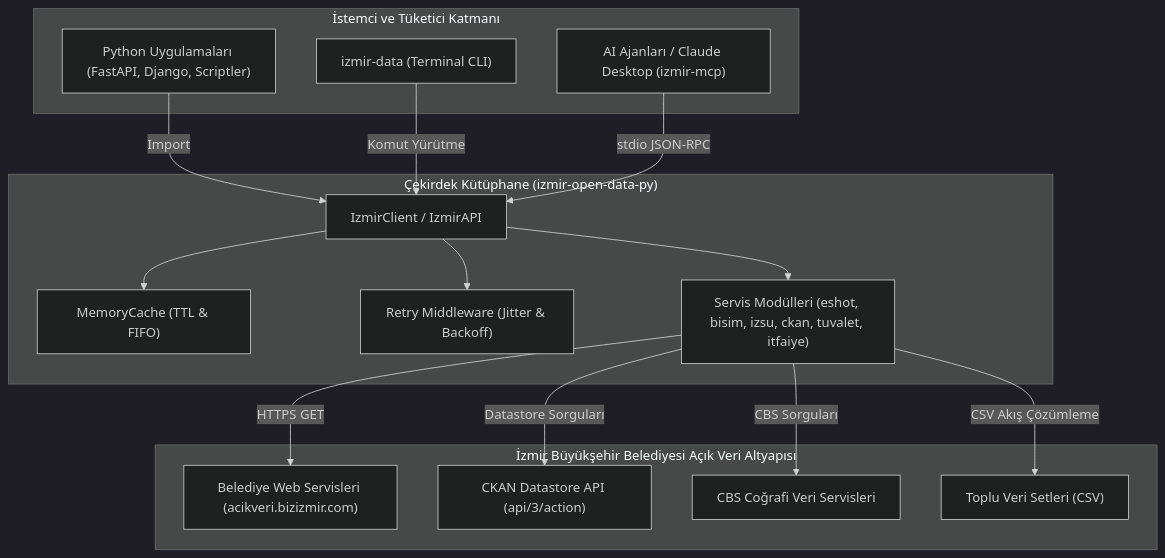
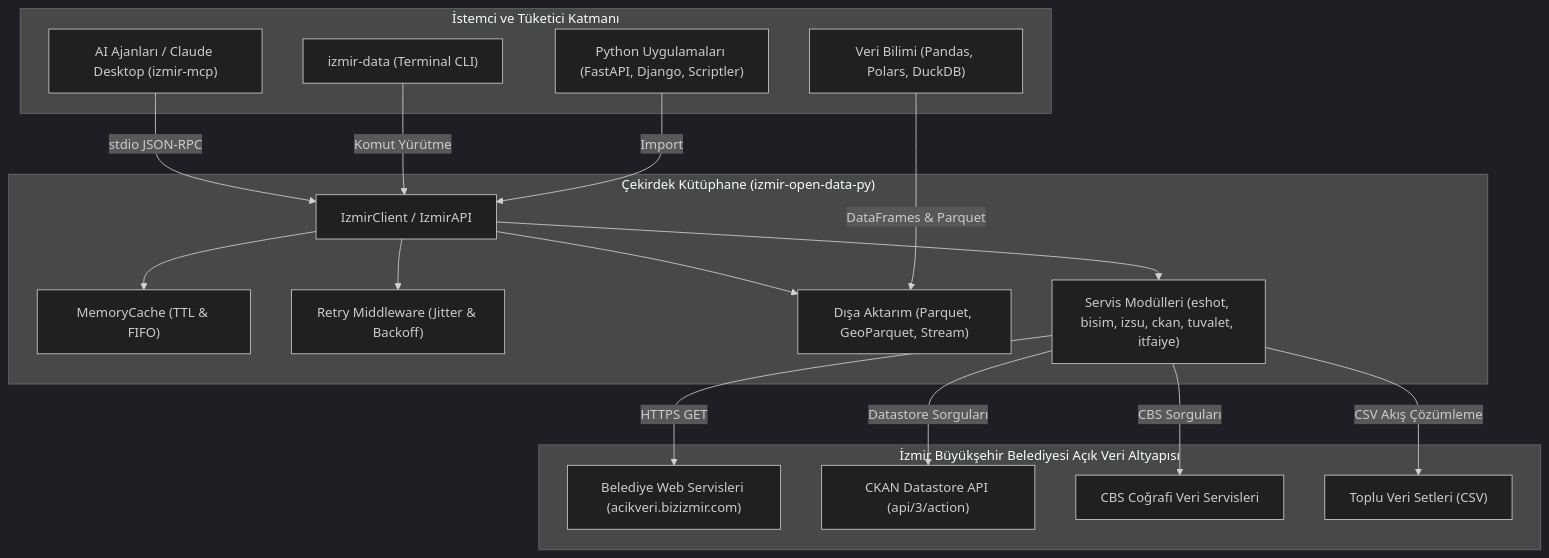
The diagram in README.md (AtaCanYmc/izmir-open-data-py), drawn with Mermaid (dark theme) before and after one commit. The commit also changed other lines of this file and 22 other files, not shown here.

Commit message:
feat: implement v0.3.0 data science tools, streams, parquet, fixtures, and release-please

````diff
--- a/README.md
+++ b/README.md
@@ -39,33 +41,37 @@
 ```mermaid
 flowchart TD
     subgraph Consumers["İstemci ve Tüketici Katmanı"]
         Apps["Python Uygulamaları (FastAPI, Django, Scriptler)"]
+        DataScience["Veri Bilimi (Pandas, Polars, DuckDB)"]
         CLI["izmir-data (Terminal CLI)"]
         LLM["AI Ajanları / Claude Desktop (izmir-mcp)"]
     end
 
     subgraph Core["Çekirdek Kütüphane (izmir-open-data-py)"]
         API["IzmirClient / IzmirAPI"]
         Cache["MemoryCache (TTL & FIFO)"]
         Retry["Retry Middleware (Jitter & Backoff)"]
+        DataExport["Dışa Aktarım (Parquet, GeoParquet, Stream)"]
         Modules["Servis Modülleri (eshot, bisim, izsu, ckan, tuvalet, itfaiye)"]
     end
 
     subgraph Upstream["İzmir Büyükşehir Belediyesi Açık Veri Altyapısı"]
         OpenAPI["Belediye Web Servisleri (acikveri.bizizmir.com)"]
         CKAN["CKAN Datastore API (api/3/action)"]
         CBS["CBS Coğrafi Veri Servisleri"]
         CSV["Toplu Veri Setleri (CSV)"]
     end
 
     Apps -->|"Import"| API
+    DataScience -->|"DataFrames & Parquet"| DataExport
     CLI -->|"Komut Yürütme"| API
     LLM -->|"stdio JSON-RPC"| API
     API --> Cache
     API --> Retry
+    API --> DataExport
     API --> Modules
     Modules -->|"HTTPS GET"| OpenAPI
     Modules -->|"Datastore Sorguları"| CKAN
     Modules -->|"CBS Sorguları"| CBS
     Modules -->|"CSV Akış Çözümleme"| CSV
 ```
````
